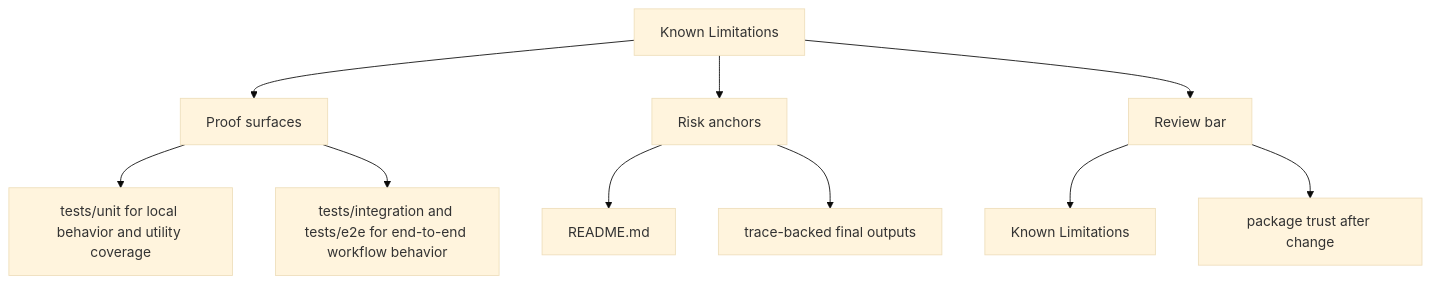
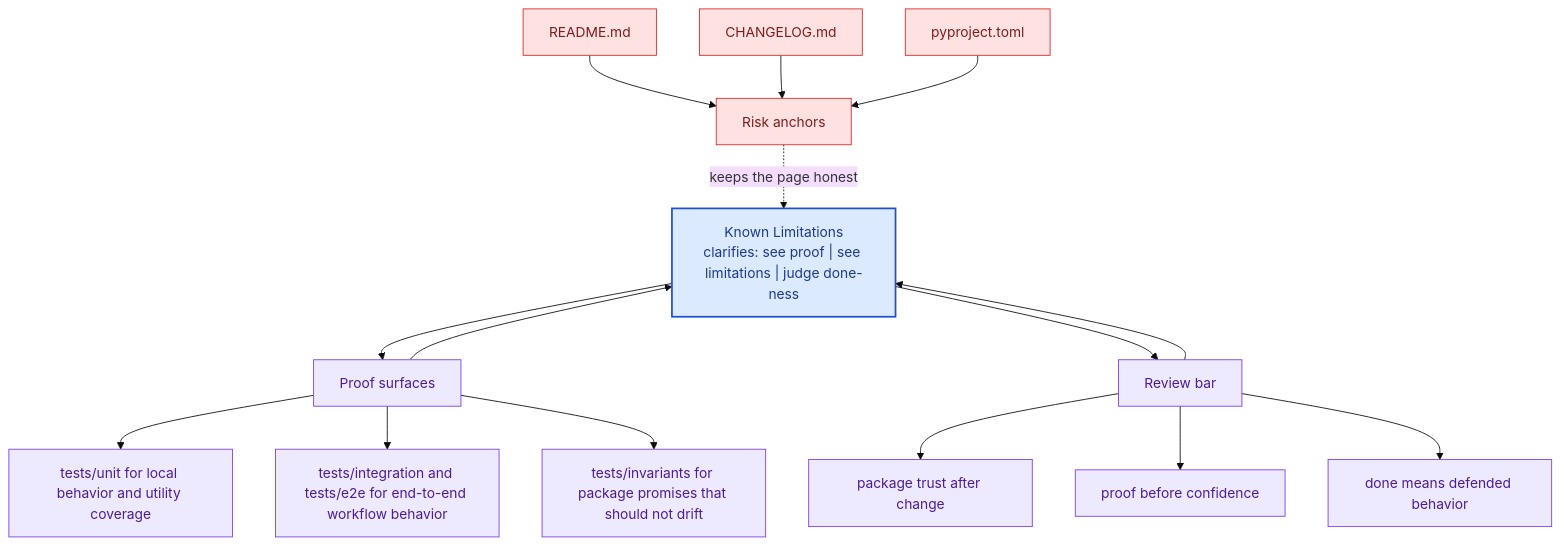
One commit to bijux/bijux-canon changed the second of 2 diagrams in docs/bijux-canon-agent/quality/known-limitations.md. Above: the diagram before and after it, drawn with Mermaid (base theme). The commit also changed other lines of this file and 281 other files, not shown here.

Commit message:
docs(diagrams): deepen handbook mermaid maps across the catalog

````diff
--- a/docs/bijux-canon-agent/quality/known-limitations.md
+++ b/docs/bijux-canon-agent/quality/known-limitations.md
@@ -34,22 +67,41 @@
 ```mermaid
-flowchart TD
-    page["Known Limitations"]
+flowchart TB
+    promise["Known Limitations<br/>clarifies: see proof | see limitations | judge done-ness"]
+    classDef promise fill:#dbeafe,stroke:#1d4ed8,color:#1e3a8a,stroke-width:2px;
+    classDef driver fill:#dcfce7,stroke:#16a34a,color:#14532d;
+    classDef constraint fill:#fee2e2,stroke:#dc2626,color:#7f1d1d;
+    classDef ground fill:#ede9fe,stroke:#7c3aed,color:#4c1d95;
     focus1["Proof surfaces"]
-    page --> focus1
+    focus1 --> promise
+    promise --> focus1
     focus1_1["tests/unit for local behavior and utility coverage"]
     focus1 --> focus1_1
     focus1_2["tests/integration and tests/e2e for end-to-end workflow behavior"]
     focus1 --> focus1_2
+    focus1_3["tests/invariants for package promises that should not drift"]
+    focus1 --> focus1_3
+    class focus1 ground;
+    class focus1_1,focus1_2,focus1_3 ground;
     focus2["Risk anchors"]
-    page --> focus2
+    focus2 -.keeps the page honest.-> promise
     focus2_1["README.md"]
-    focus2 --> focus2_1
-    focus2_2["trace-backed final outputs"]
-    focus2 --> focus2_2
+    focus2_1 --> focus2
+    focus2_2["CHANGELOG.md"]
+    focus2_2 --> focus2
+    focus2_3["pyproject.toml"]
+    focus2_3 --> focus2
+    class focus2 constraint;
+    class focus2_1,focus2_2,focus2_3 constraint;
     focus3["Review bar"]
-    page --> focus3
-    focus3_1["Known Limitations"]
+    focus3 --> promise
+    promise --> focus3
+    focus3_1["package trust after change"]
     focus3 --> focus3_1
-    focus3_2["package trust after change"]
+    focus3_2["proof before confidence"]
     focus3 --> focus3_2
+    focus3_3["done means defended behavior"]
+    focus3 --> focus3_3
+    class focus3 ground;
+    class focus3_1,focus3_2,focus3_3 ground;
+    class promise promise;
 ```
````
